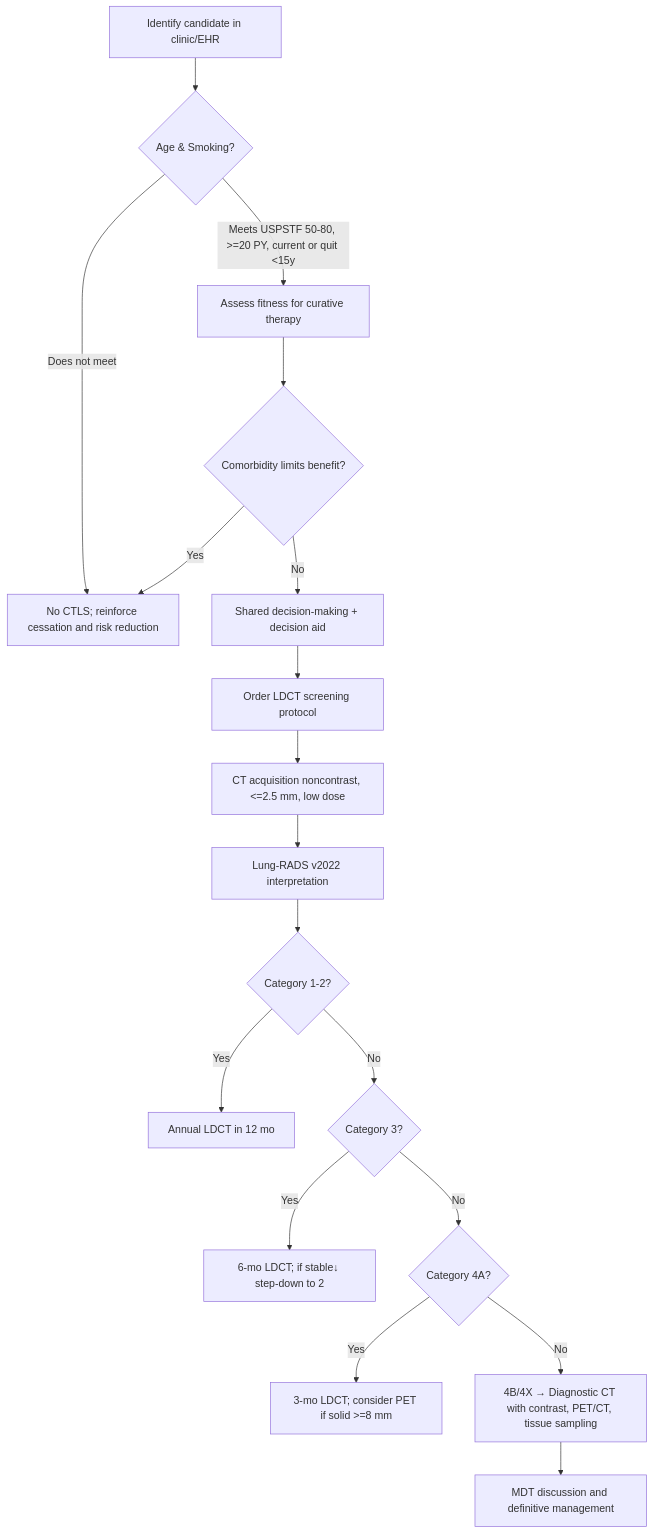
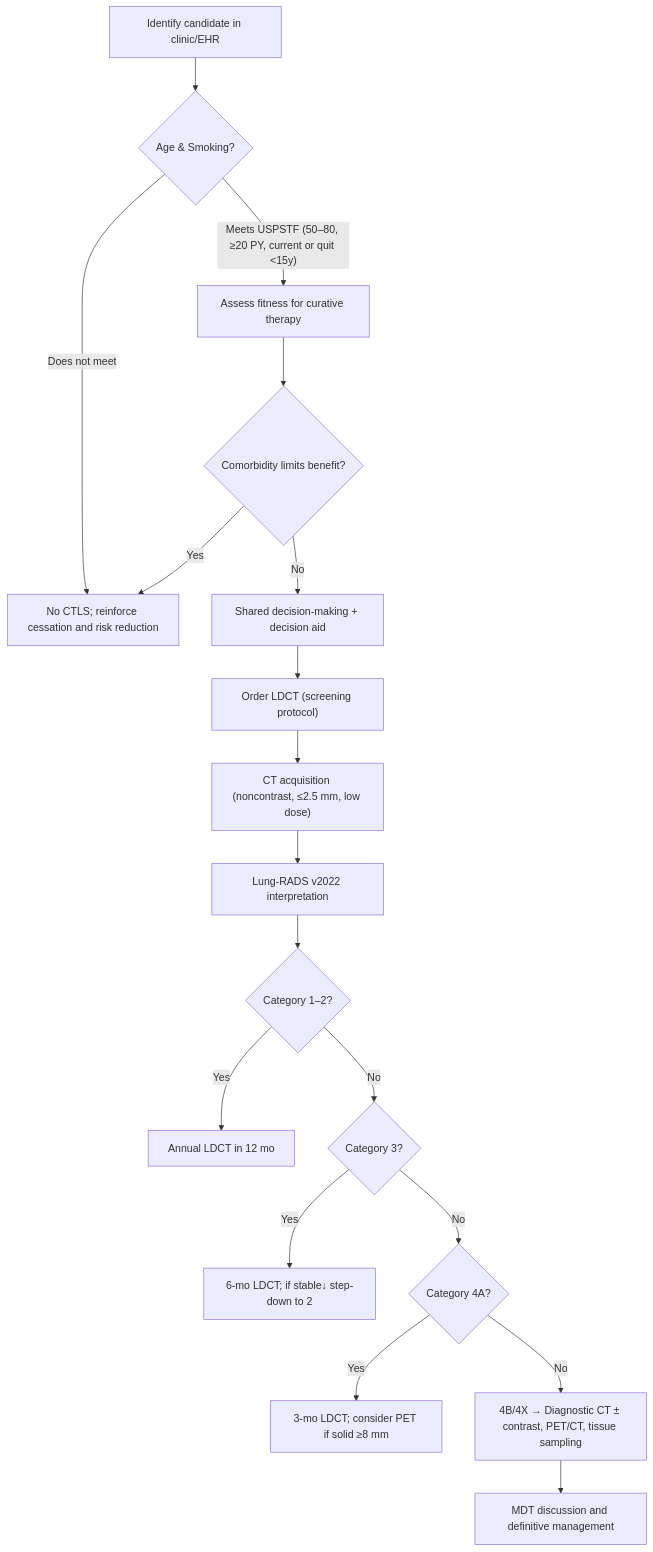
The diagram in content/modules/board/lung-cancer-screening.mdx (russellmiller49/Interventional-Pulm-Education-Project), drawn with Mermaid before and after one commit. The commit also changed other lines of this file and 45 other files, not shown here.

````diff
--- a/content/modules/board/lung-cancer-screening.mdx
+++ b/content/modules/board/lung-cancer-screening.mdx
@@ -210,20 +175,20 @@
 ```mermaid
 flowchart TD
-A[Identify candidate in clinic/EHR] --> B{Age & Smoking?}
-B -->|Meets USPSTF 50-80, &gt;=20 PY, current or quit &lt;15y| C[Assess fitness for curative therapy]
-B -->|Does not meet| Z[No CTLS; reinforce cessation and risk reduction]
-C --> D{Comorbidity limits benefit?}
-D -->|Yes| Z
-D -->|No| E[Shared decision-making + decision aid]
-E --> F[Order LDCT screening protocol]
-F --> G[CT acquisition noncontrast, &lt;=2.5 mm, low dose]
-G --> H[Lung‑RADS v2022 interpretation]
-H --> I{Category 1-2?}
-I -->|Yes| J[Annual LDCT in 12 mo]
-I -->|No| K{Category 3?}
-K -->|Yes| L[6‑mo LDCT; if stable↓ step‑down to 2]
-K -->|No| M{Category 4A?}
-M -->|Yes| N[3‑mo LDCT; consider PET if solid &gt;=8 mm]
-M -->|No| O[4B/4X → Diagnostic CT with contrast, PET/CT, tissue sampling]
-O --> P[MDT discussion and definitive management]
+        A["Identify candidate in clinic/EHR"] --> B{"Age & Smoking?"}
+        B -->|"Meets USPSTF (50–80, ≥20 PY, current or quit <15y)"| C["Assess fitness for curative therapy"]
+        B -->|"Does not meet"| Z["No CTLS; reinforce cessation and risk reduction"]
+        C --> D{"Comorbidity limits benefit?"}
+        D -->|"Yes"| Z
+        D -->|"No"| E["Shared decision-making + decision aid"]
+        E --> F["Order LDCT (screening protocol)"]
+        F --> G["CT acquisition (noncontrast, ≤2.5 mm, low dose)"]
+        G --> H["Lung-RADS v2022 interpretation"]
+        H --> I{"Category 1–2?"}
+        I -->|"Yes"| J["Annual LDCT in 12 mo"]
+        I -->|"No"| K{"Category 3?"}
+        K -->|"Yes"| L["6-mo LDCT; if stable↓ step-down to 2"]
+        K -->|"No"| M{"Category 4A?"}
+        M -->|"Yes"| N["3-mo LDCT; consider PET if solid ≥8 mm"]
+        M -->|"No"| O["4B/4X → Diagnostic CT ± contrast, PET/CT, tissue sampling"]
+        O --> P["MDT discussion and definitive management"]
 ```
````
